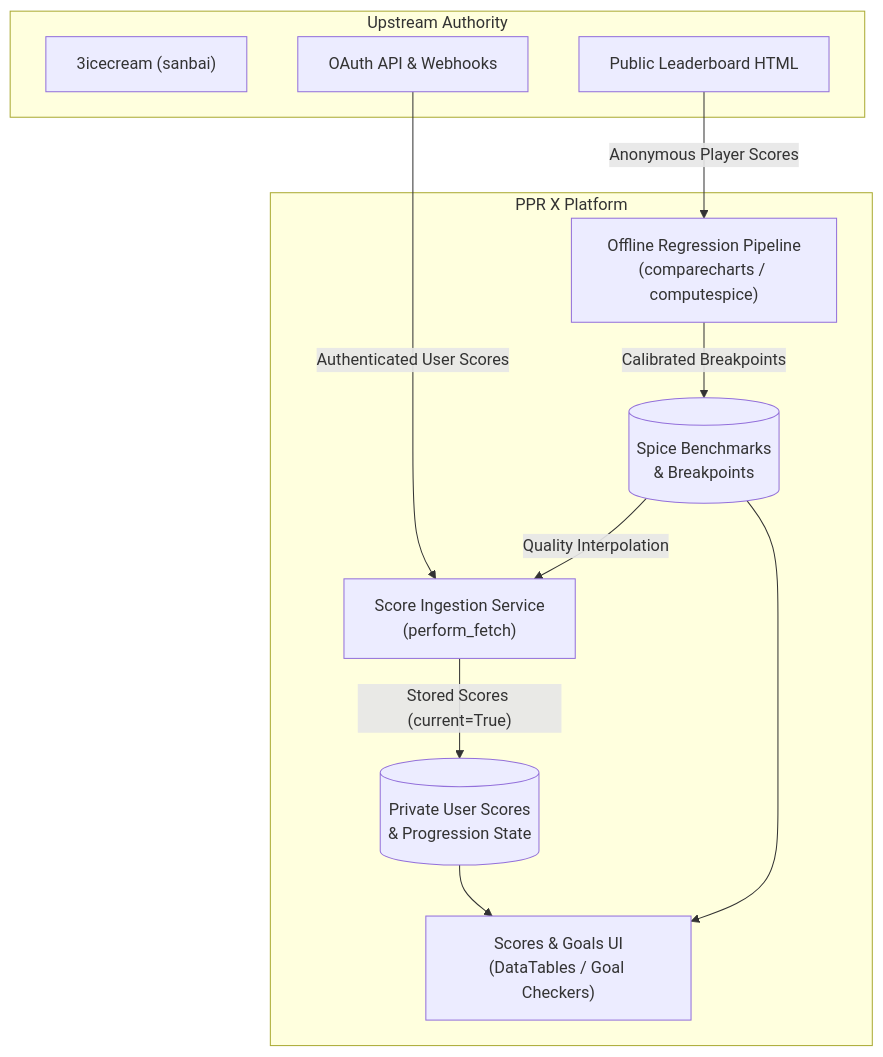
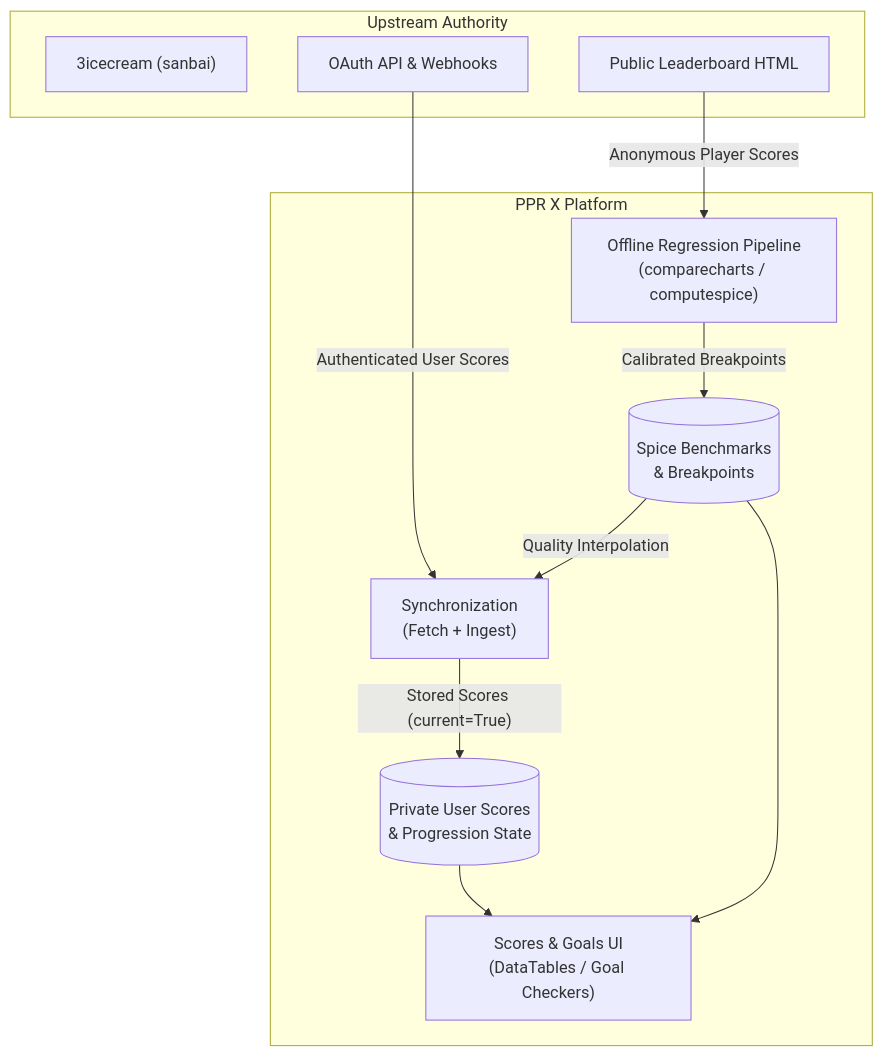
One commit to rrwoods/pprx changed the diagram in VISION.md. Above: the diagram before and after it, drawn with Mermaid. The commit also changed 3 other files, not shown here.

````diff
--- a/VISION.md
+++ b/VISION.md
@@ -52,24 +52,24 @@
 ```mermaid
 flowchart TD
     subgraph Upstream["Upstream Authority"]
         sanbai["3icecream (sanbai)"]
         sanbai_public["Public Leaderboard HTML"]
         sanbai_api["OAuth API & Webhooks"]
     end
 
     subgraph PPRX["PPR X Platform"]
         ingest_spice["Offline Regression Pipeline\n(comparecharts / computespice)"]
         spice_db[("Spice Benchmarks\n& Breakpoints")]
-        user_sync["Score Ingestion Service\n(perform_fetch)"]
+        user_sync["Synchronization\n(Fetch + Ingest)"]
         user_db[("Private User Scores\n& Progression State")]
         ui["Scores & Goals UI\n(DataTables / Goal Checkers)"]
     end
 
     sanbai_public -->|"Anonymous Player Scores"| ingest_spice
     ingest_spice -->|"Calibrated Breakpoints"| spice_db
     sanbai_api -->|"Authenticated User Scores"| user_sync
     spice_db -->|"Quality Interpolation"| user_sync
     user_sync -->|"Stored Scores (current=True)"| user_db
     user_db --> ui
     spice_db --> ui
 ```
````
